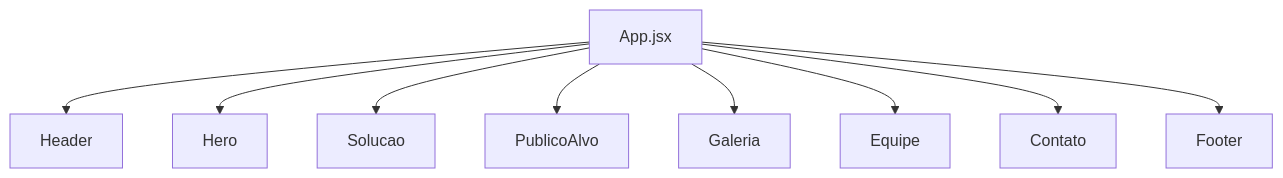
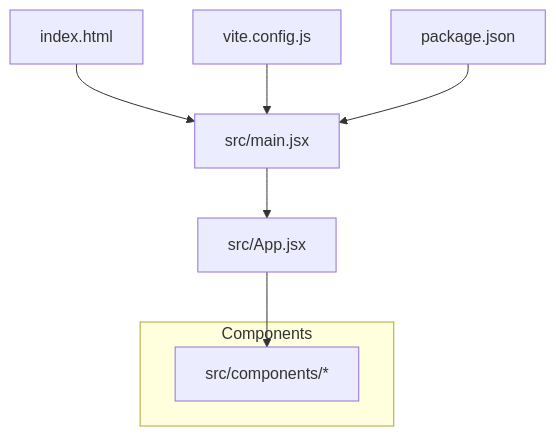
One commit to isadorabassoasseiro-boop/OptiCode changed the first of 2 diagrams in .qoder/repowiki/en/content/Getting Started.md. Above: the diagram before and after it, drawn with Mermaid. The commit also changed other lines of this file and 35 other files, not shown here.

````diff
--- a/.qoder/repowiki/en/content/Getting Started.md
+++ b/.qoder/repowiki/en/content/Getting Started.md
@@ -99,11 +120,11 @@
 ```mermaid
-flowchart TD
-A["App.jsx"] --> B["Header"]
-A --> C["Hero"]
-A --> D["Solucao"]
-A --> E["PublicoAlvo"]
-A --> F["Galeria"]
-A --> G["Equipe"]
-A --> H["Contato"]
-A --> I["Footer"]
+graph TB
+A["index.html"] --> B["src/main.jsx"]
+B --> C["src/App.jsx"]
+subgraph "Components"
+D["src/components/*"]
+end
+C --> D
+E["vite.config.js"] --> B
+F["package.json"] --> B
 ```
````
